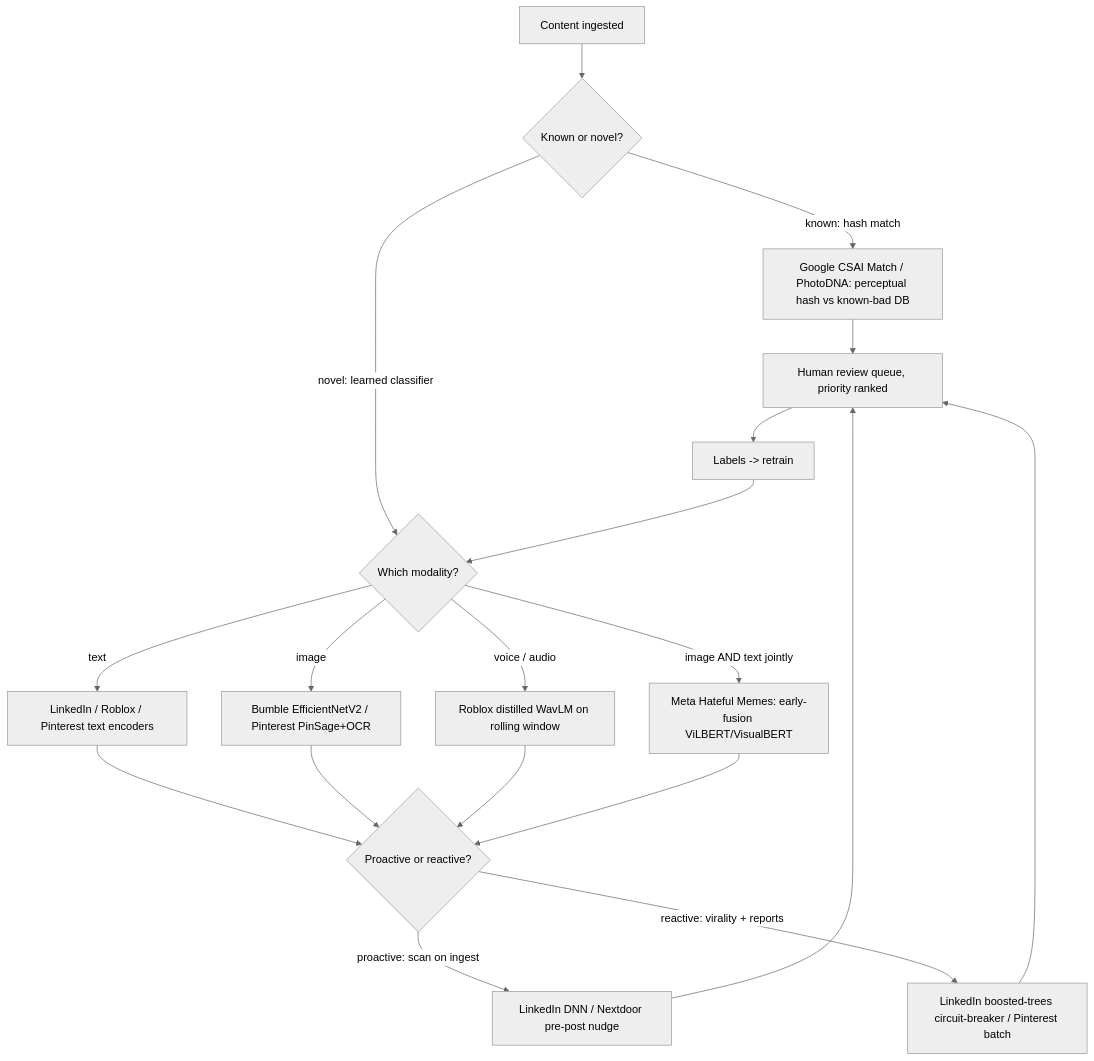
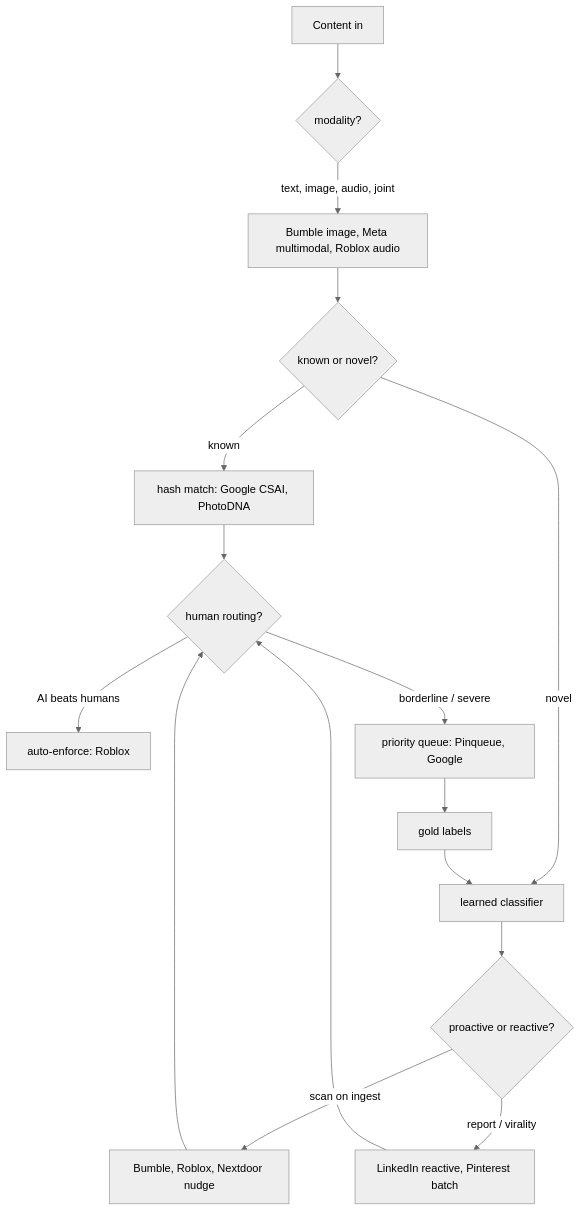
Before and after one commit to neurarch-ai/awesome-ml-system-design: diagram 13 of 36 in CASE-STUDIES.md, drawn with Mermaid (neutral theme). The commit also changed other lines of this file, not shown here.

First line of the commit message:
CASE-STUDIES: make the similarities/differences layer visual-first

````diff
--- a/CASE-STUDIES.md
+++ b/CASE-STUDIES.md
@@ -359,21 +523,17 @@
 ```mermaid
 flowchart TD
-    A[Content ingested] --> B{Known or novel?}
-    B -->|known: hash match| G[Google CSAI Match / PhotoDNA: perceptual hash vs known-bad DB]
-    B -->|novel: learned classifier| M{Which modality?}
-    M -->|text| T[LinkedIn / Roblox / Pinterest text encoders]
-    M -->|image| I[Bumble EfficientNetV2 / Pinterest PinSage+OCR]
-    M -->|voice / audio| V[Roblox distilled WavLM on rolling window]
-    M -->|image AND text jointly| J[Meta Hateful Memes: early-fusion ViLBERT/VisualBERT]
-    T --> P{Proactive or reactive?}
-    I --> P
-    V --> P
-    J --> P
-    G --> H
-    P -->|proactive: scan on ingest| PR[LinkedIn DNN / Nextdoor pre-post nudge]
-    P -->|reactive: virality + reports| RE[LinkedIn boosted-trees circuit-breaker / Pinterest batch]
-    PR --> H[Human review queue, priority ranked]
-    RE --> H
-    H --> L[Labels -> retrain]
-    L --> M
+    A[Content in] --> B{modality?}
+    B -->|text, image, audio, joint| C[Bumble image, Meta multimodal, Roblox audio]
+    C --> D{known or novel?}
+    D -->|known| E[hash match: Google CSAI, PhotoDNA]
+    D -->|novel| F[learned classifier]
+    F --> G{proactive or reactive?}
+    G -->|scan on ingest| H[Bumble, Roblox, Nextdoor nudge]
+    G -->|report / virality| I[LinkedIn reactive, Pinterest batch]
+    E --> J{human routing?}
+    H --> J
+    I --> J
+    J -->|AI beats humans| K[auto-enforce: Roblox]
+    J -->|borderline / severe| L[priority queue: Pinqueue, Google]
+    L --> M[gold labels] --> F
 ```
````
